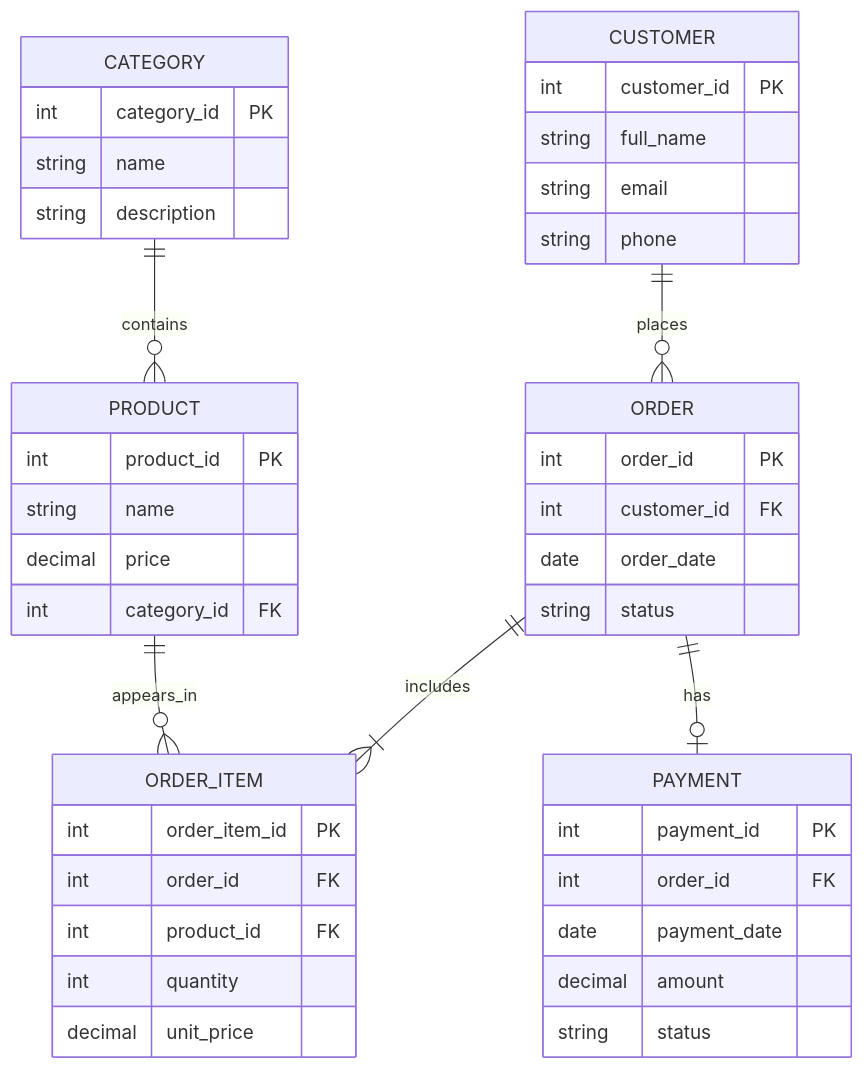
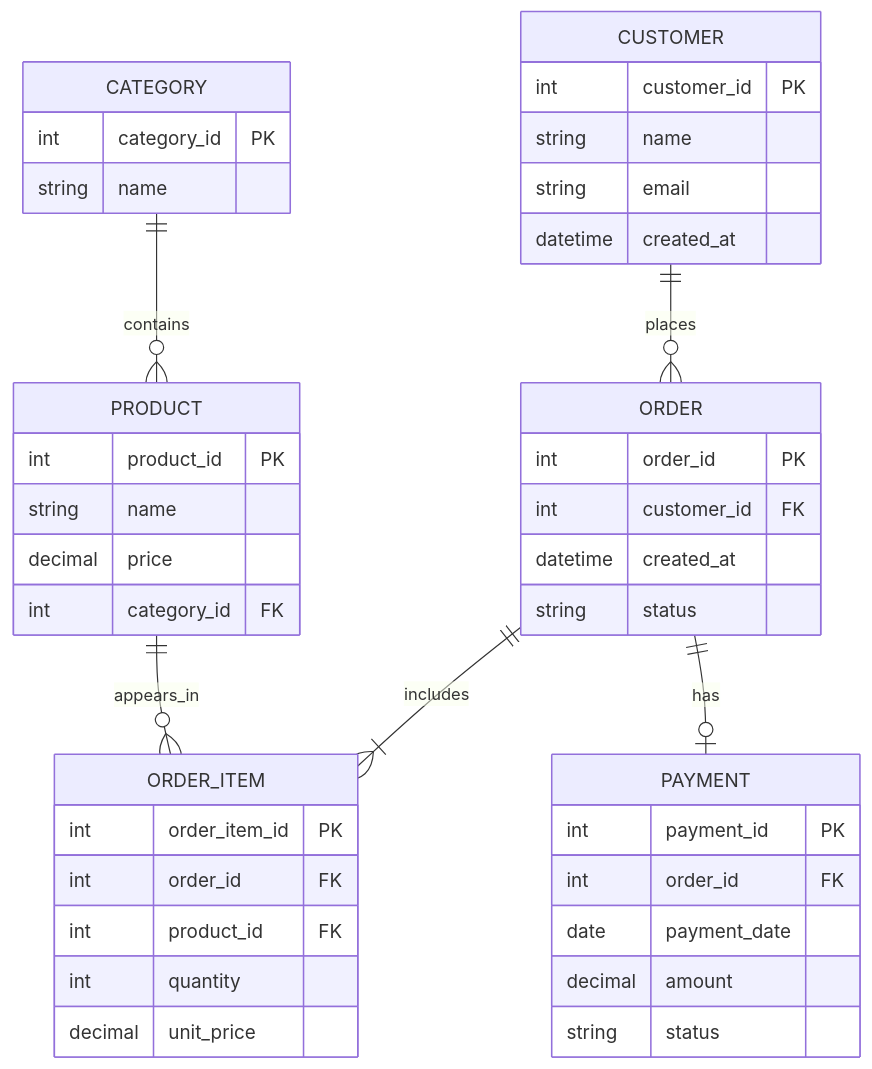
One commit to fiodm/-ER- changed the diagram in er-diagram.md. Above: the diagram before and after it, drawn with Mermaid.

Commit message:
align ER diagram with specification

````diff
--- a/er-diagram.md
+++ b/er-diagram.md
@@ -4,51 +4,50 @@
 ```mermaid
 erDiagram
     CUSTOMER ||--o{ ORDER : places
     CATEGORY ||--o{ PRODUCT : contains
     ORDER ||--|{ ORDER_ITEM : includes
     PRODUCT ||--o{ ORDER_ITEM : appears_in
     ORDER ||--o| PAYMENT : has
 
     CUSTOMER {
-        int customer_id PK
-        string full_name
-        string email
-        string phone
-    }
+    int customer_id PK
+    string name
+    string email
+    datetime created_at
+}
 
     CATEGORY {
         int category_id PK
         string name
-        string description
     }
 
     PRODUCT {
         int product_id PK
         string name
         decimal price
         int category_id FK
     }
 
     ORDER {
         int order_id PK
         int customer_id FK
-        date order_date
+        datetime created_at
         string status
     }
 
     ORDER_ITEM {
         int order_item_id PK
         int order_id FK
         int product_id FK
         int quantity
         decimal unit_price
     }
 
     PAYMENT {
         int payment_id PK
         int order_id FK
         date payment_date
         decimal amount
         string status
     }
 ```
````
